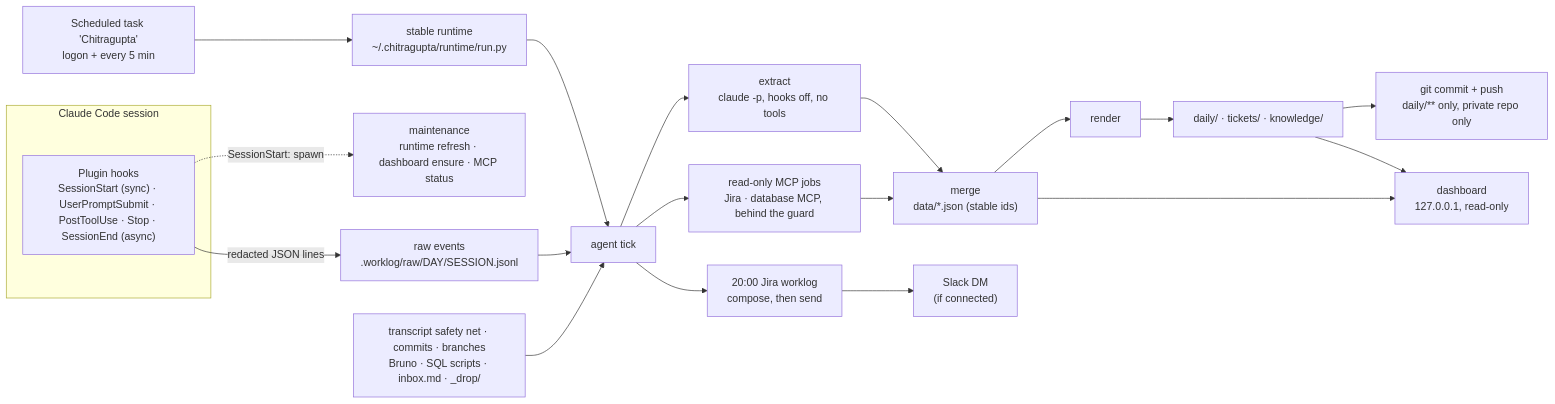
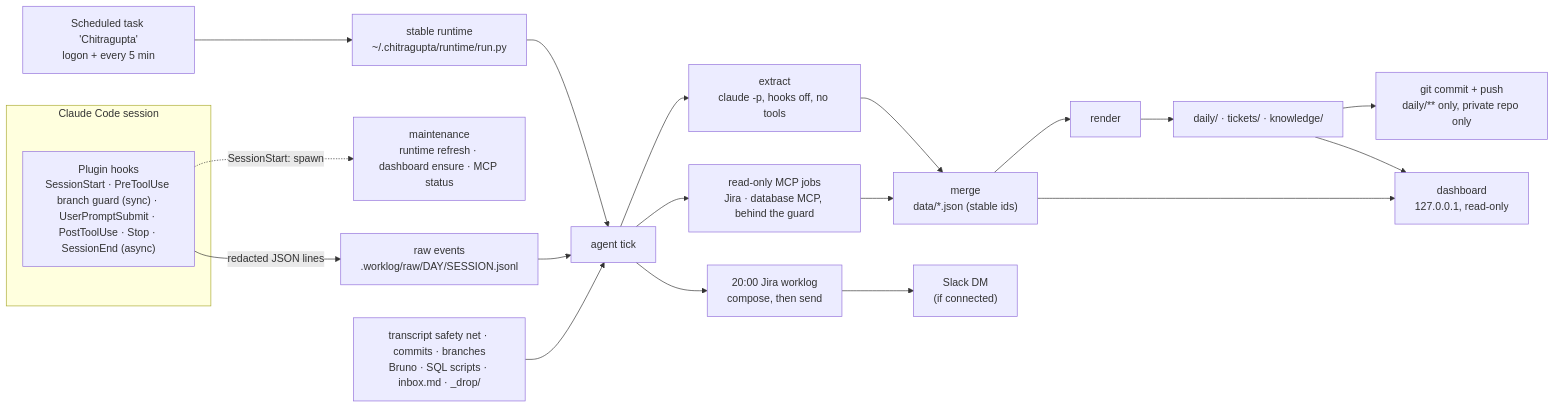
The diagram in docs/architecture.md (omkarjadhav-10/chitragupta), drawn with Mermaid before and after one commit. The commit also changed other lines of this file and 45 other files, not shown here.

````diff
--- a/docs/architecture.md
+++ b/docs/architecture.md
@@ -14,28 +14,28 @@
 ```mermaid
 flowchart LR
   subgraph CC["Claude Code session"]
-    H["Plugin hooks<br/>SessionStart (sync) · UserPromptSubmit · PostToolUse · Stop · SessionEnd (async)"]
+    H["Plugin hooks<br/>SessionStart · PreToolUse branch guard (sync) · UserPromptSubmit · PostToolUse · Stop · SessionEnd (async)"]
   end
   H -->|"redacted JSON lines"| RAW["raw events<br/>.worklog/raw/DAY/SESSION.jsonl"]
   H -.->|"SessionStart: spawn"| MAINT["maintenance<br/>runtime refresh · dashboard ensure · MCP status"]
 
   TASK["Scheduled task 'Chitragupta'<br/>logon + every 5 min"] --> RUN["stable runtime<br/>~/.chitragupta/runtime/run.py"]
   RUN --> TICK["agent tick"]
 
   RAW --> TICK
   SRC["transcript safety net · commits · branches<br/>Bruno · SQL scripts · inbox.md · _drop/"] --> TICK
 
   TICK --> EX["extract<br/>claude -p, hooks off, no tools"]
   EX --> MERGE["merge<br/>data/*.json (stable ids)"]
   MERGE --> REN["render"]
   REN --> OUT["daily/ · tickets/ · knowledge/"]
 
   OUT --> GIT["git commit + push<br/>daily/** only, private repo only"]
   TICK --> JWL["20:00 Jira worklog<br/>compose, then send"]
   JWL --> SLACK["Slack DM<br/>(if connected)"]
   TICK --> MCP["read-only MCP jobs<br/>Jira · database MCP, behind the guard"]
   MCP --> MERGE
 
   OUT --> DASH["dashboard<br/>127.0.0.1, read-only"]
   MERGE --> DASH
 ```
````
